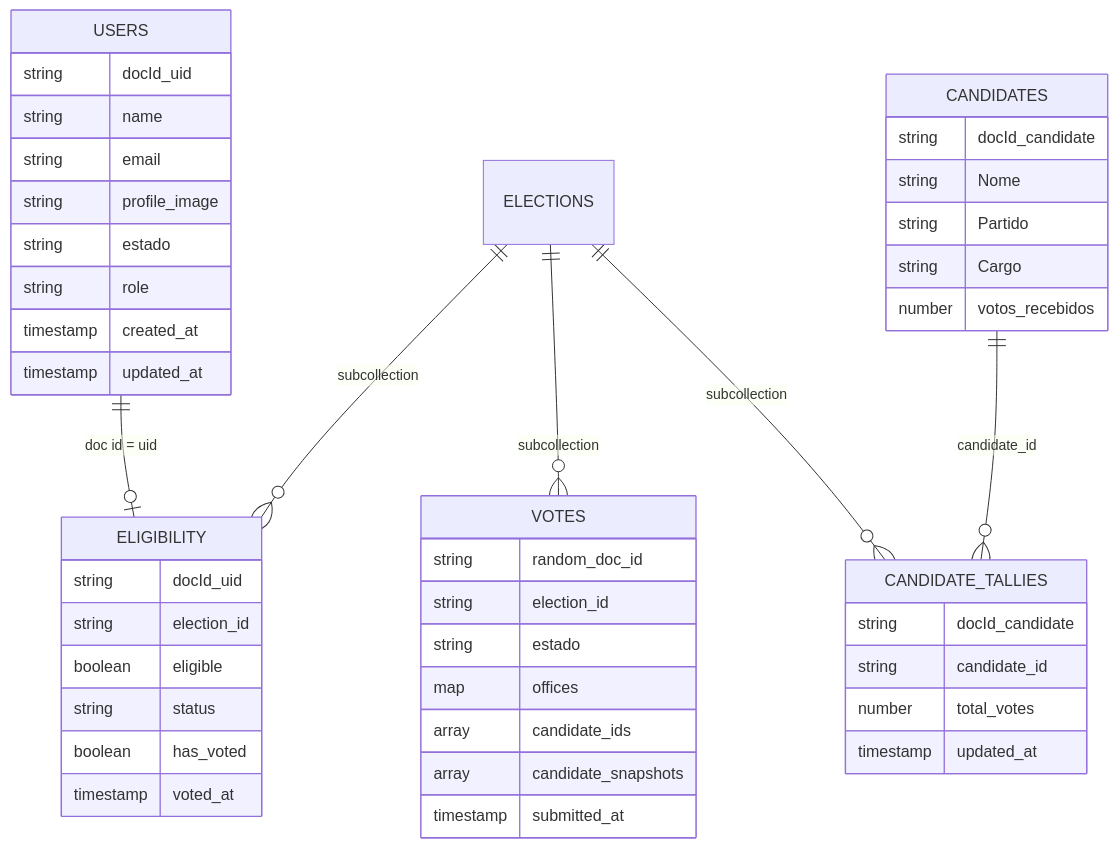
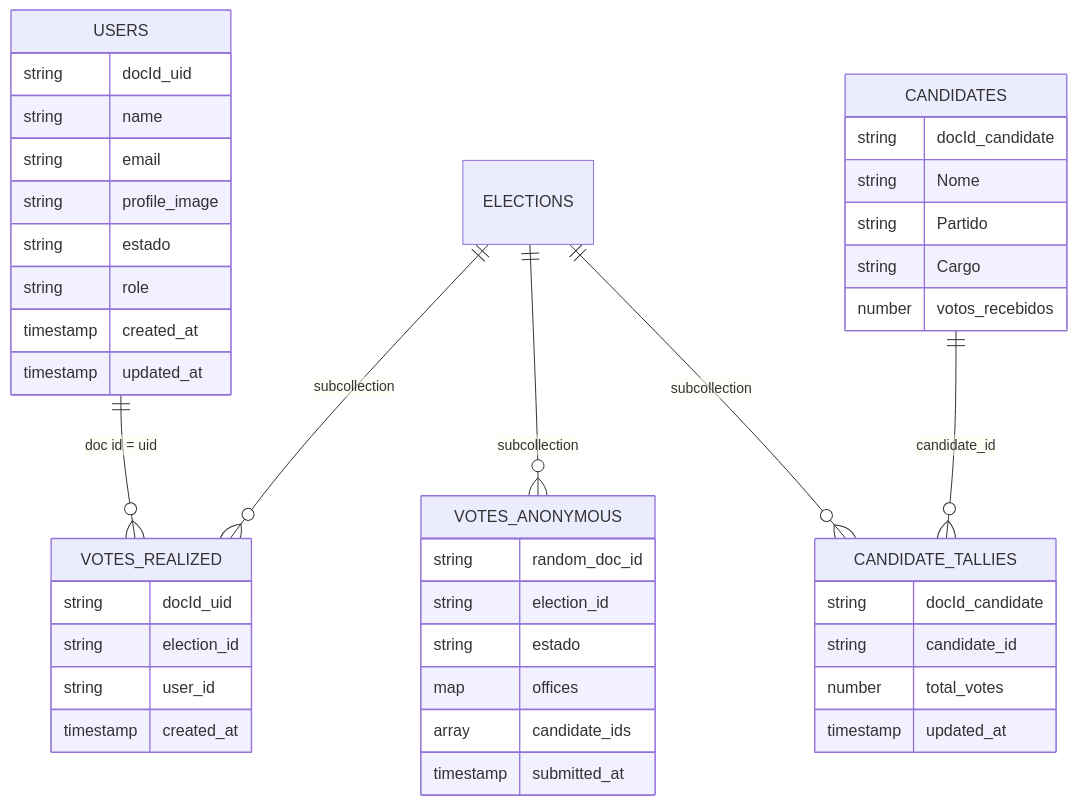
Before and after one commit to planovoto-sys/Plano-voto: the diagram in docs/firestore-voting-model.md, drawn with Mermaid. The commit also changed other lines of this file and 23 other files, not shown here.

````diff
--- a/docs/firestore-voting-model.md
+++ b/docs/firestore-voting-model.md
@@ -7,53 +7,50 @@
 ```mermaid
 erDiagram
-  USERS ||--o| ELIGIBILITY : "doc id = uid"
-  ELECTIONS ||--o{ ELIGIBILITY : "subcollection"
-  ELECTIONS ||--o{ VOTES : "subcollection"
+  USERS ||--o{ VOTES_REALIZED : "doc id = uid"
+  ELECTIONS ||--o{ VOTES_REALIZED : "subcollection"
+  ELECTIONS ||--o{ VOTES_ANONYMOUS : "subcollection"
   ELECTIONS ||--o{ CANDIDATE_TALLIES : "subcollection"
   CANDIDATES ||--o{ CANDIDATE_TALLIES : "candidate_id"
 
   USERS {
     string docId_uid
     string name
     string email
     string profile_image
     string estado
     string role
     timestamp created_at
     timestamp updated_at
   }
 
-  ELIGIBILITY {
+  VOTES_REALIZED {
     string docId_uid
     string election_id
-    boolean eligible
-    string status
-    boolean has_voted
-    timestamp voted_at
+    string user_id
+    timestamp created_at
   }
 
-  VOTES {
+  VOTES_ANONYMOUS {
     string random_doc_id
     string election_id
     string estado
     map offices
     array candidate_ids
-    array candidate_snapshots
     timestamp submitted_at
   }
 
   CANDIDATES {
     string docId_candidate
     string Nome
     string Partido
     string Cargo
     number votos_recebidos
   }
 
   CANDIDATE_TALLIES {
     string docId_candidate
     string candidate_id
     number total_votes
     timestamp updated_at
   }
 ```
````
